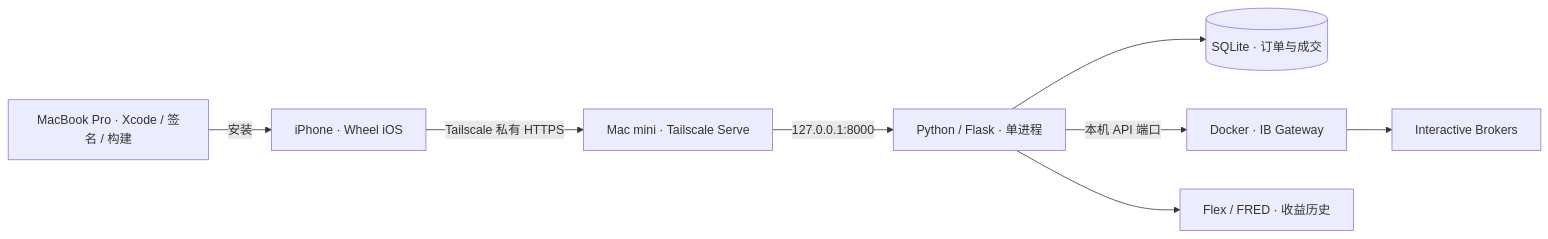
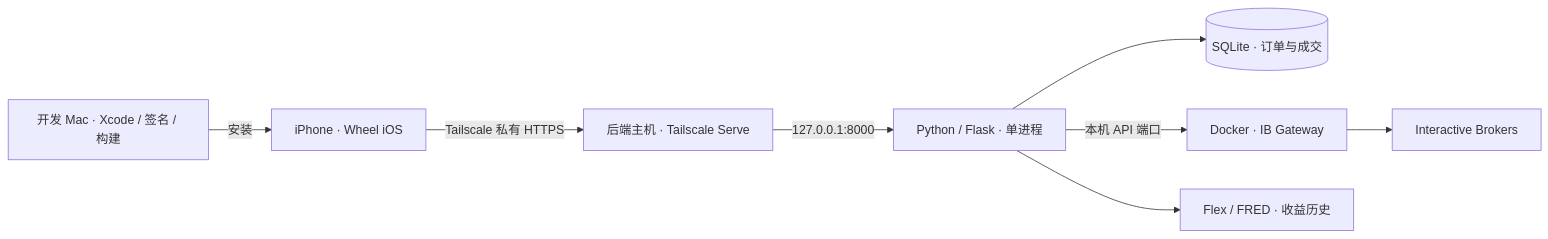
One commit to WahBun/AllYouNeedIsWheel changed the diagram in README.md. Above: the diagram before and after it, drawn with Mermaid. The commit also changed other lines of this file and 3 other files, not shown here.

````diff
--- a/README.md
+++ b/README.md
@@ -69,10 +85,10 @@
 ```mermaid
 flowchart LR
-    Pro[MacBook Pro · Xcode / 签名 / 构建] -->|安装| Phone[iPhone · Wheel iOS]
-    Phone -->|Tailscale 私有 HTTPS| Serve[Mac mini · Tailscale Serve]
+    Dev[开发 Mac · Xcode / 签名 / 构建] -->|安装| Phone[iPhone · Wheel iOS]
+    Phone -->|Tailscale 私有 HTTPS| Serve[后端主机 · Tailscale Serve]
     Serve -->|127.0.0.1:8000| API[Python / Flask · 单进程]
     API --> DB[(SQLite · 订单与成交)]
     API -->|本机 API 端口| Gateway[Docker · IB Gateway]
     Gateway --> IB[Interactive Brokers]
     API --> History[Flex / FRED · 收益历史]
 ```
````
